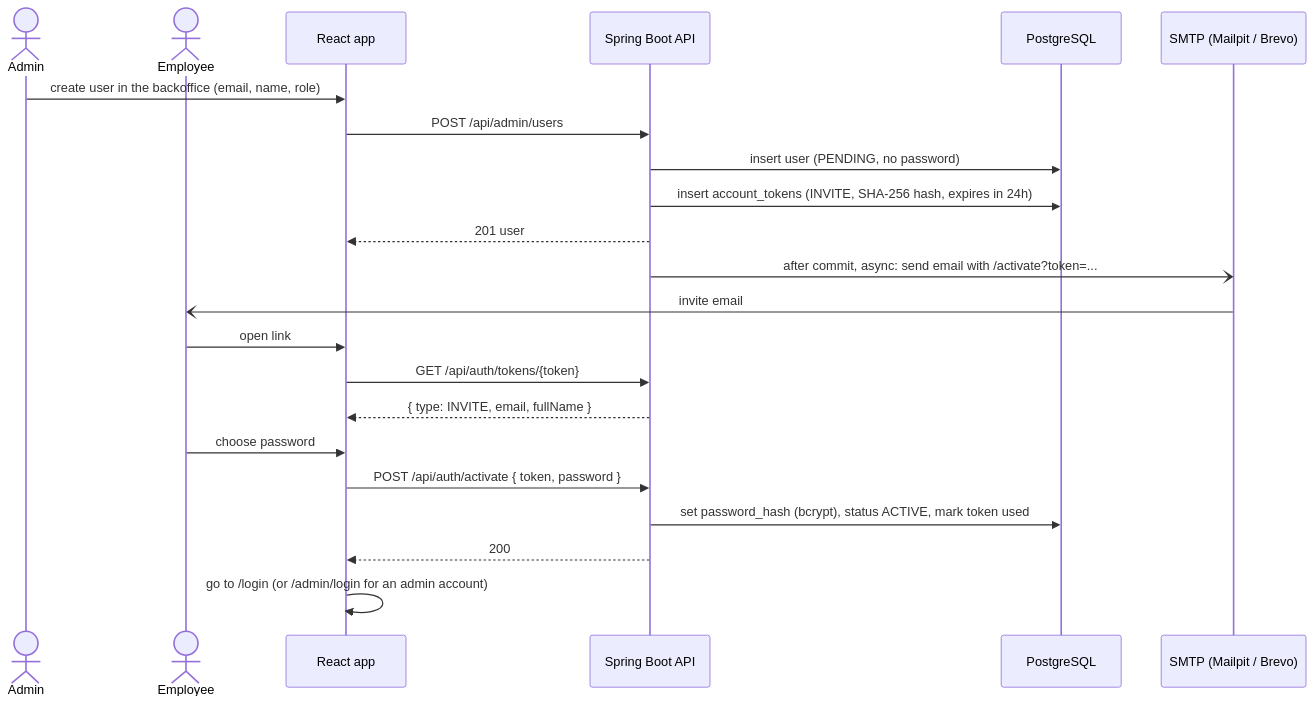
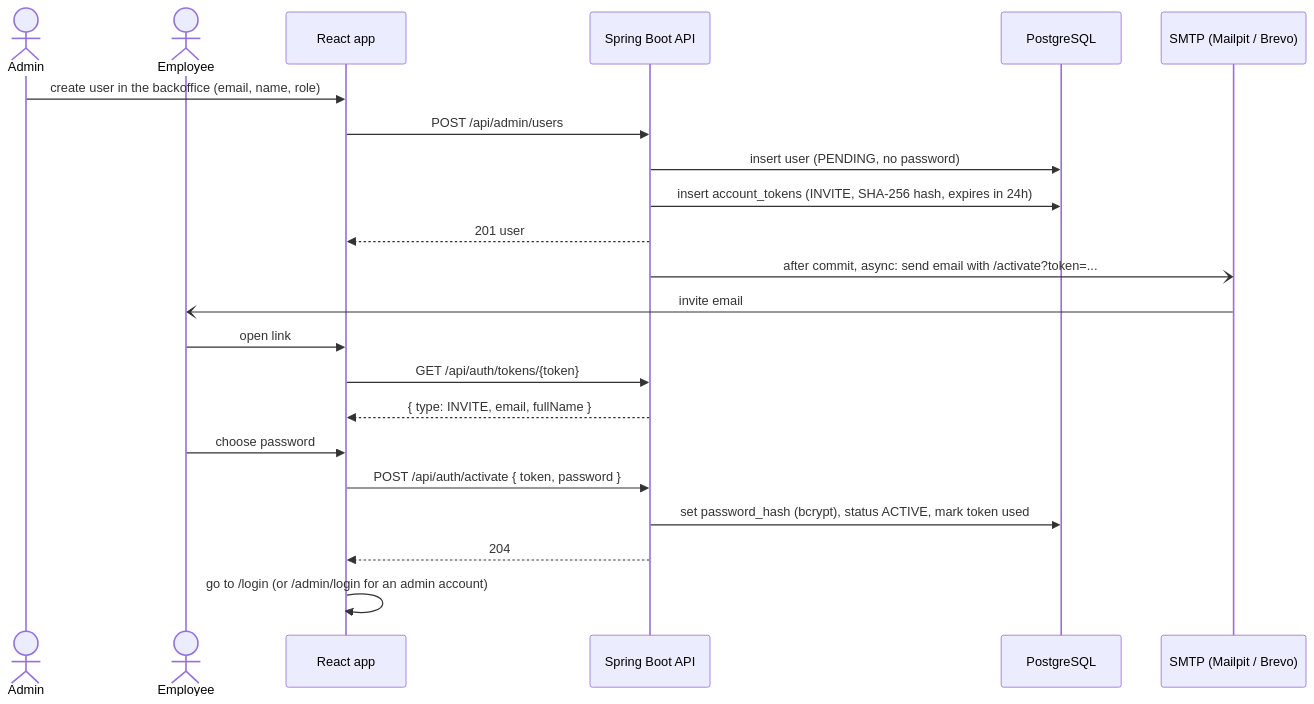
Before and after one commit to agusheryanto182/employee-portal: the fourth of 4 diagrams in docs/auth-flows.md, drawn with Mermaid. The commit also changed other lines of this file and 3 other files, not shown here.

````diff
--- a/docs/auth-flows.md
+++ b/docs/auth-flows.md
@@ -80,25 +80,25 @@
 ```mermaid
 sequenceDiagram
     actor A as Admin
     actor E as Employee
     participant FE as React app
     participant API as Spring Boot API
     participant DB as PostgreSQL
     participant M as SMTP (Mailpit / Brevo)
 
     A->>FE: create user in the backoffice (email, name, role)
     FE->>API: POST /api/admin/users
     API->>DB: insert user (PENDING, no password)
     API->>DB: insert account_tokens (INVITE, SHA-256 hash, expires in 24h)
     API-->>FE: 201 user
     API-)M: after commit, async: send email with /activate?token=...
     M-)E: invite email
     E->>FE: open link
     FE->>API: GET /api/auth/tokens/{token}
     API-->>FE: { type: INVITE, email, fullName }
     E->>FE: choose password
     FE->>API: POST /api/auth/activate { token, password }
     API->>DB: set password_hash (bcrypt), status ACTIVE, mark token used
-    API-->>FE: 200
+    API-->>FE: 204
     FE->>FE: go to /login (or /admin/login for an admin account)
 ```
````
